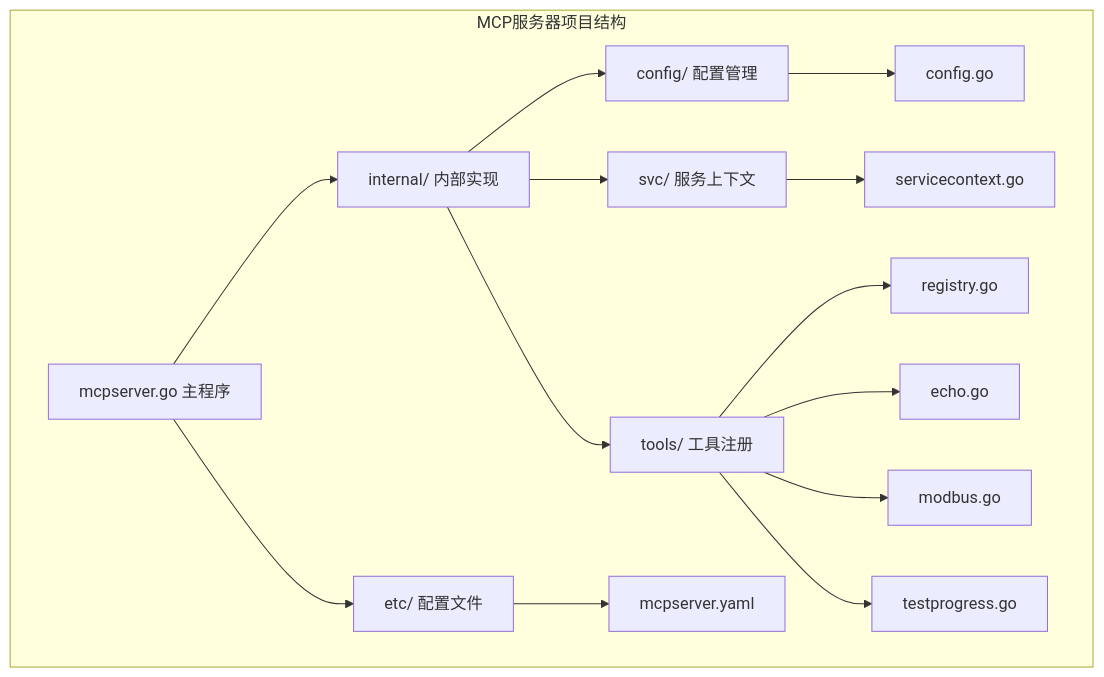
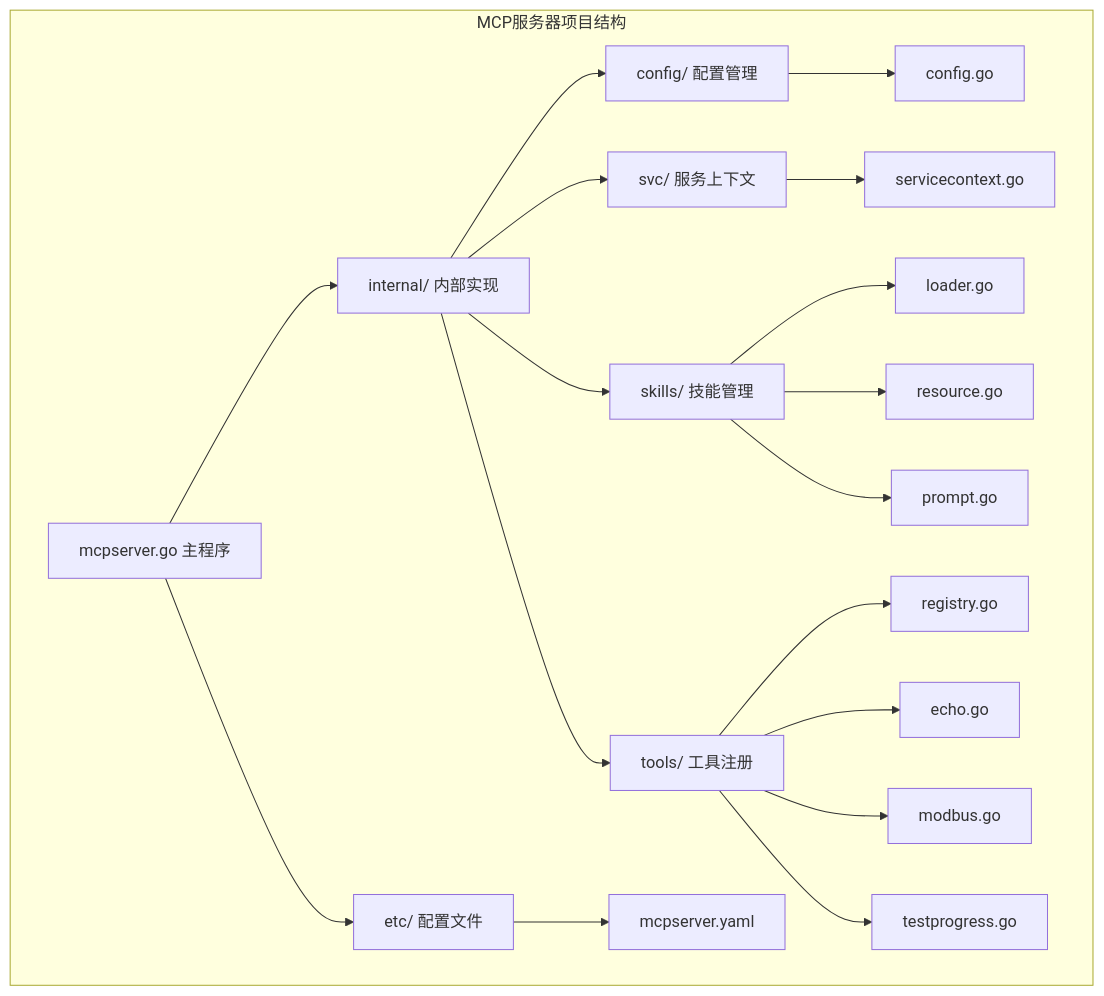
Before and after one commit to maomao94/zero-service: the first of 11 diagrams in .qoder/repowiki/zh/content/MCP服务器配置.md, drawn with Mermaid. The commit also changed other lines of this file and 48 other files, not shown here.

````diff
--- a/.qoder/repowiki/zh/content/MCP服务器配置.md
+++ b/.qoder/repowiki/zh/content/MCP服务器配置.md
@@ -42,17 +58,21 @@
 ```mermaid
 graph TB
 subgraph "MCP服务器项目结构"
 A[mcpserver.go 主程序] --> B[etc/ 配置文件]
 A --> C[internal/ 内部实现]
 C --> D[config/ 配置管理]
 C --> E[svc/ 服务上下文]
-C --> F[tools/ 工具注册]
-B --> G[mcpserver.yaml]
-D --> H[config.go]
-E --> I[servicecontext.go]
-F --> J[registry.go]
-F --> K[echo.go]
-F --> L[modbus.go]
-F --> M[testprogress.go]
+C --> F[skills/ 技能管理]
+C --> G[tools/ 工具注册]
+B --> H[mcpserver.yaml]
+D --> I[config.go]
+E --> J[servicecontext.go]
+F --> K[loader.go]
+F --> L[resource.go]
+F --> M[prompt.go]
+G --> N[registry.go]
+G --> O[echo.go]
+G --> P[modbus.go]
+G --> Q[testprogress.go]
 end
 ```
````
